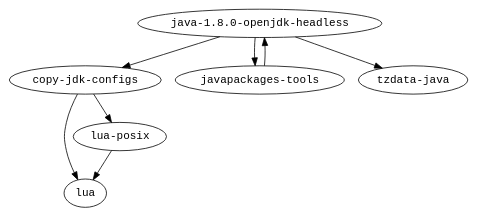
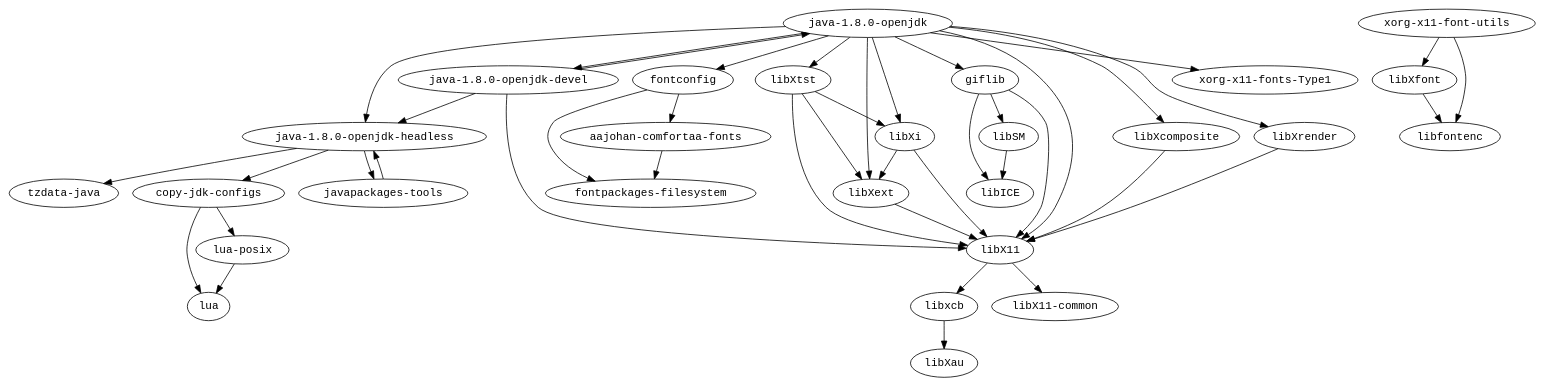
One commit to fedora-modularity/dependency-report changed the diagram in modules/java/ppc64le/graph.dot. Above: the diagram before and after it, drawn with Graphviz. The commit also changed 1063 other files, not shown here.

```diff
--- a/modules/java/ppc64le/graph.dot
+++ b/modules/java/ppc64le/graph.dot
@@ -1,10 +1,45 @@
 strict digraph G {
 node [fontname=monospace];
+  "aajohan-comfortaa-fonts" -> "fontpackages-filesystem";
   "copy-jdk-configs" -> "lua";
   "copy-jdk-configs" -> "lua-posix";
+  "fontconfig" -> "aajohan-comfortaa-fonts";
+  "fontconfig" -> "fontpackages-filesystem";
+  "giflib" -> "libICE";
+  "giflib" -> "libSM";
+  "giflib" -> "libX11";
+  "java-1.8.0-openjdk-devel" -> "java-1.8.0-openjdk";
+  "java-1.8.0-openjdk-devel" -> "java-1.8.0-openjdk-headless";
+  "java-1.8.0-openjdk-devel" -> "libX11";
+  "java-1.8.0-openjdk" -> "fontconfig";
+  "java-1.8.0-openjdk" -> "giflib";
   "java-1.8.0-openjdk-headless" -> "copy-jdk-configs";
   "java-1.8.0-openjdk-headless" -> "javapackages-tools";
   "java-1.8.0-openjdk-headless" -> "tzdata-java";
+  "java-1.8.0-openjdk" -> "java-1.8.0-openjdk-devel";
+  "java-1.8.0-openjdk" -> "java-1.8.0-openjdk-headless";
+  "java-1.8.0-openjdk" -> "libX11";
+  "java-1.8.0-openjdk" -> "libXcomposite";
+  "java-1.8.0-openjdk" -> "libXext";
+  "java-1.8.0-openjdk" -> "libXi";
+  "java-1.8.0-openjdk" -> "libXrender";
+  "java-1.8.0-openjdk" -> "libXtst";
+  "java-1.8.0-openjdk" -> "xorg-x11-fonts-Type1";
   "javapackages-tools" -> "java-1.8.0-openjdk-headless";
+  "libSM" -> "libICE";
+  "libX11" -> "libX11-common";
+  "libX11" -> "libxcb";
+  "libxcb" -> "libXau";
+  "libXcomposite" -> "libX11";
+  "libXext" -> "libX11";
+  "libXfont" -> "libfontenc";
+  "libXi" -> "libX11";
+  "libXi" -> "libXext";
+  "libXrender" -> "libX11";
+  "libXtst" -> "libX11";
+  "libXtst" -> "libXext";
+  "libXtst" -> "libXi";
   "lua-posix" -> "lua";
+  "xorg-x11-font-utils" -> "libfontenc";
+  "xorg-x11-font-utils" -> "libXfont";
 }
```
